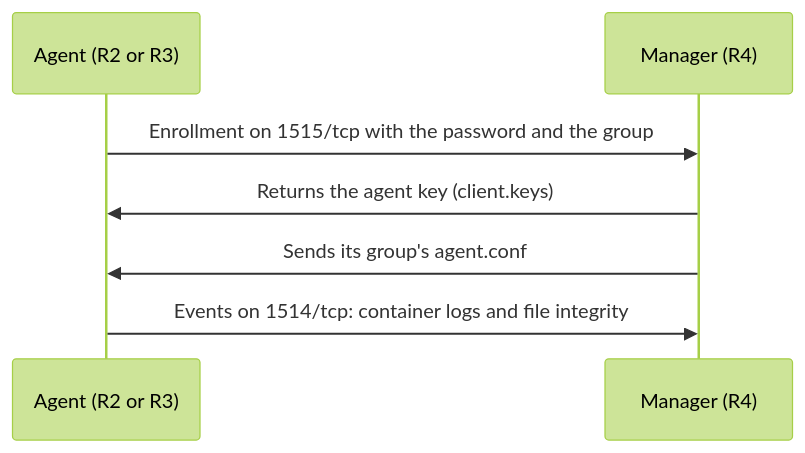
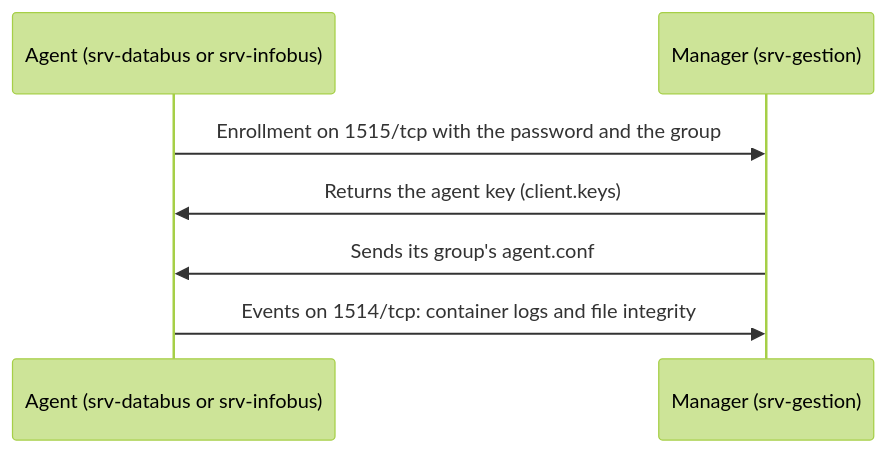
Before and after one commit to rsol9000-01/wazuh: the second of 2 diagrams in README.md, drawn with Mermaid (forest theme). The commit also changed other lines of this file and 19 other files, not shown here.

````diff
--- a/README.md
+++ b/README.md
@@ -246,9 +246,9 @@
 ```mermaid
 sequenceDiagram
-  participant A as Agent (R2 or R3)
-  participant M as Manager (R4)
+  participant A as Agent (srv-databus or srv-infobus)
+  participant M as Manager (srv-gestion)
   A->>M: Enrollment on 1515/tcp with the password and the group
   M->>A: Returns the agent key (client.keys)
   M->>A: Sends its group's agent.conf
   A->>M: Events on 1514/tcp: container logs and file integrity
 ```
````
